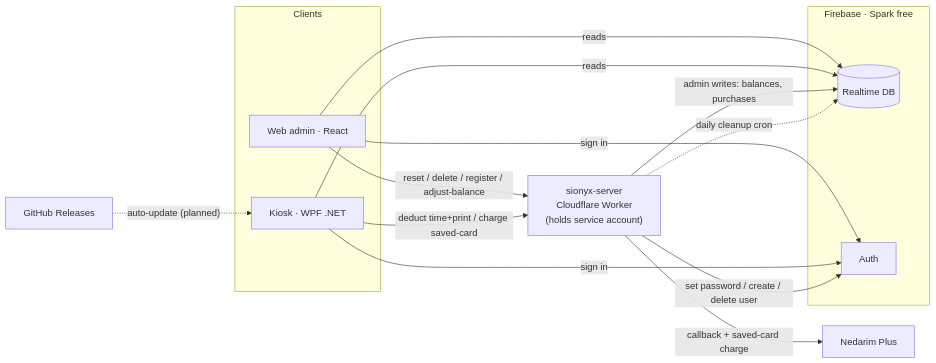
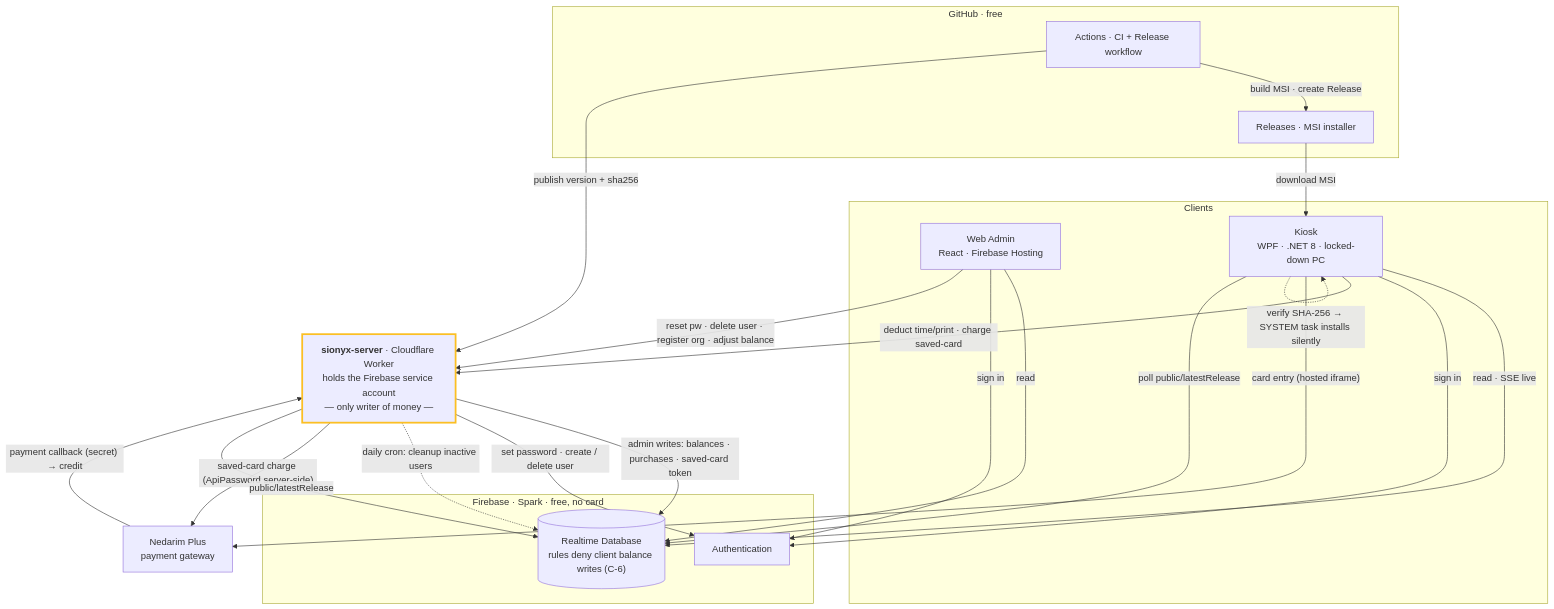
One commit to Danielsio/SIONYX changed the diagram in README.md. Above: the diagram before and after it, drawn with Mermaid. The commit also changed other lines of this file and 6 other files, not shown here.

First line of the commit message:
feat(kiosk): configurable Nedarim callback (enables Worker cutover) + final architecture docs

````diff
--- a/README.md
+++ b/README.md
@@ -30,26 +30,52 @@
 ```mermaid
-flowchart LR
+flowchart TB
   subgraph clients[Clients]
-    web[Web admin · React]
-    kiosk[Kiosk · WPF .NET]
+    web["Web Admin<br/>React · Firebase Hosting"]
+    kiosk["Kiosk<br/>WPF · .NET 8 · locked-down PC"]
   end
-  worker["sionyx-server<br/>Cloudflare Worker<br/>(holds service account)"]
-  subgraph fb[Firebase · Spark free]
-    rtdb[(Realtime DB)]
-    auth[Auth]
+
+  worker["<b>sionyx-server</b> · Cloudflare Worker<br/>holds the Firebase service account<br/>— only writer of money —"]
+
+  subgraph fb[Firebase · Spark · free, no card]
+    rtdb[("Realtime Database<br/>rules deny client balance writes (C-6)")]
+    auth["Authentication"]
   end
-  nedarim[Nedarim Plus]
-  gh[GitHub Releases]
 
-  web -- reads --> rtdb
-  kiosk -- reads --> rtdb
-  web -- sign in --> auth
-  kiosk -- sign in --> auth
-  web -- "reset / delete / register / adjust-balance" --> worker
-  kiosk -- "deduct time+print / charge saved-card" --> worker
-  worker -- "admin writes: balances, purchases" --> rtdb
-  worker -- "set password / create / delete user" --> auth
-  worker -- "callback + saved-card charge" --> nedarim
-  worker -. "daily cleanup cron" .-> rtdb
-  gh -. "auto-update (planned)" .-> kiosk
+  nedarim["Nedarim Plus<br/>payment gateway"]
+
+  subgraph ghp[GitHub · free]
+    rel["Releases · MSI installer"]
+    act["Actions · CI + Release workflow"]
+  end
+
+  %% data + auth
+  web -- "read" --> rtdb
+  kiosk -- "read · SSE live" --> rtdb
+  web -- "sign in" --> auth
+  kiosk -- "sign in" --> auth
+
+  %% privileged ops -> Worker (server-authoritative)
+  web -- "reset pw · delete user · register org · adjust balance" --> worker
+  kiosk -- "deduct time/print · charge saved-card" --> worker
+
+  %% Worker -> Firebase (admin token bypasses rules)
+  worker -- "admin writes: balances · purchases · saved-card token" --> rtdb
+  worker -- "set password · create / delete user" --> auth
+  worker -. "daily cron: cleanup inactive users" .-> rtdb
+
+  %% payments
+  kiosk -- "card entry (hosted iframe)" --> nedarim
+  worker -- "saved-card charge (ApiPassword server-side)" --> nedarim
+  nedarim -- "payment callback (secret) → credit" --> worker
+
+  %% releases + auto-update
+  act -- "build MSI · create Release" --> rel
+  act -- "publish version + sha256" --> worker
+  worker -- "public/latestRelease" --> rtdb
+  kiosk -- "poll public/latestRelease" --> rtdb
+  rel -- "download MSI" --> kiosk
+  kiosk -. "verify SHA-256 → SYSTEM task installs silently" .-> kiosk
+
+  classDef money stroke:#fbbf24,stroke-width:3px;
+  class worker money;
 ```
````
